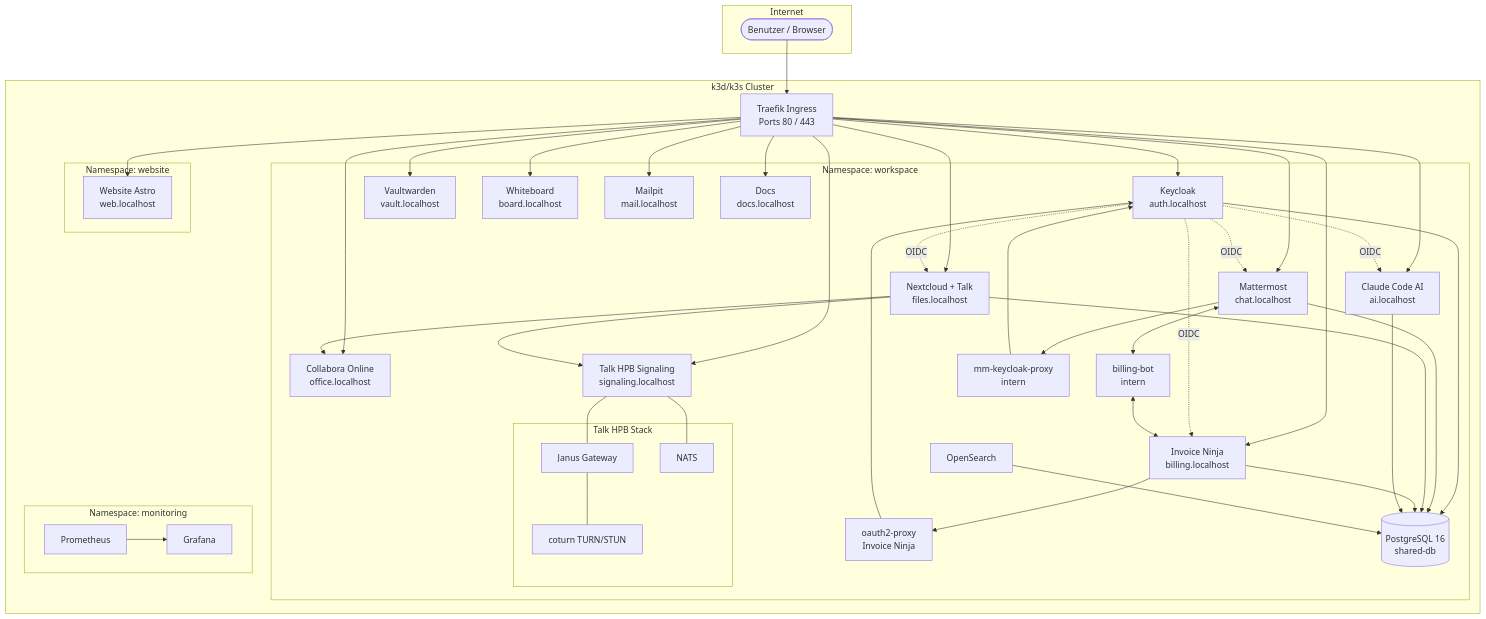
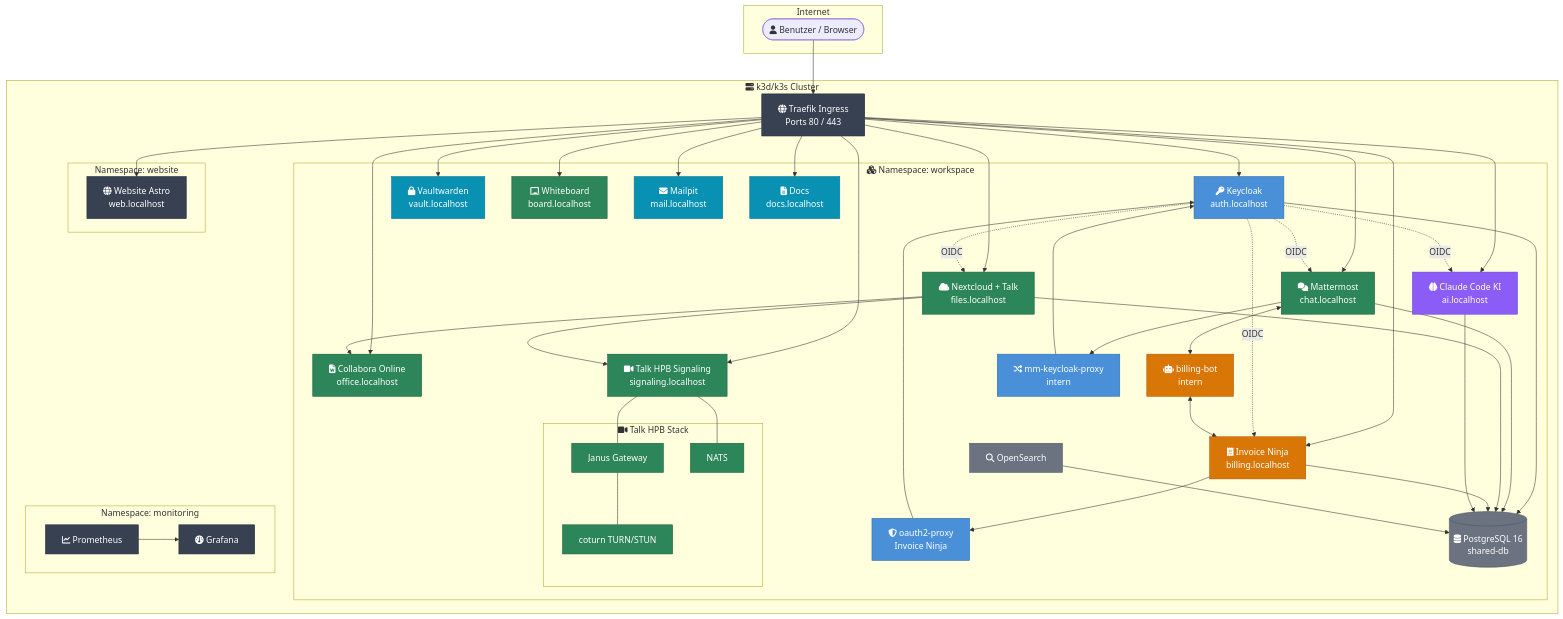
The first of 3 diagrams in README.md (Paddione/Bachelorprojekt), drawn with Mermaid before and after one commit. The commit also changed other lines of this file and 19 other files, not shown here.

````diff
--- a/README.md
+++ b/README.md
@@ -58,65 +58,81 @@
 ```mermaid
 graph TB
     subgraph Internet
-        User([Benutzer / Browser])
+        User(["fa:fa-user Benutzer / Browser"])
     end
 
-    subgraph k3d-Cluster ["k3d/k3s Cluster"]
-        Traefik["Traefik Ingress<br/>Ports 80 / 443"]
+    subgraph k3d-Cluster ["fa:fa-server k3d/k3s Cluster"]
+        Traefik["fa:fa-globe Traefik Ingress<br/>Ports 80 / 443"]
 
-        subgraph workspace ["Namespace: workspace"]
-            KC[Keycloak<br/>auth.localhost]
-            MM[Mattermost<br/>chat.localhost]
-            NC[Nextcloud + Talk<br/>files.localhost]
-            CO[Collabora Online<br/>office.localhost]
-            HPB[Talk HPB Signaling<br/>signaling.localhost]
-            OC[Claude Code AI<br/>ai.localhost]
-            IN[Invoice Ninja<br/>billing.localhost]
-            VW[Vaultwarden<br/>vault.localhost]
-            WB[Whiteboard<br/>board.localhost]
-            MP[Mailpit<br/>mail.localhost]
-            OS[OpenSearch]
-            DOCS[Docs<br/>docs.localhost]
-            BB[billing-bot<br/>intern]
-            PROXY[mm-keycloak-proxy<br/>intern]
-            OAUTH[oauth2-proxy<br/>Invoice Ninja]
+        subgraph workspace ["fa:fa-cubes Namespace: workspace"]
+            KC["fa:fa-key Keycloak<br/>auth.localhost"]
+            MM["fa:fa-comments Mattermost<br/>chat.localhost"]
+            NC["fa:fa-cloud Nextcloud + Talk<br/>files.localhost"]
+            CO["fa:fa-file-word Collabora Online<br/>office.localhost"]
+            HPB["fa:fa-video Talk HPB Signaling<br/>signaling.localhost"]
+            OC["fa:fa-brain Claude Code KI<br/>ai.localhost"]
+            IN["fa:fa-receipt Invoice Ninja<br/>billing.localhost"]
+            VW["fa:fa-lock Vaultwarden<br/>vault.localhost"]
+            WB["fa:fa-chalkboard Whiteboard<br/>board.localhost"]
+            MP["fa:fa-envelope Mailpit<br/>mail.localhost"]
+            OS["fa:fa-search OpenSearch"]
+            DOCS["fa:fa-file-lines Docs<br/>docs.localhost"]
+            BB["fa:fa-robot billing-bot<br/>intern"]
+            PROXY["fa:fa-shuffle mm-keycloak-proxy<br/>intern"]
+            OAUTH["fa:fa-shield-halved oauth2-proxy<br/>Invoice Ninja"]
 
-            subgraph HPB-Stack ["Talk HPB Stack"]
-                JANUS[Janus Gateway]
-                NATS[NATS]
-                COTURN[coturn TURN/STUN]
+            subgraph HPB-Stack ["fa:fa-video Talk HPB Stack"]
+                JANUS["Janus Gateway"]
+                NATS["NATS"]
+                COTURN["coturn TURN/STUN"]
             end
 
-            DB[(PostgreSQL 16<br/>shared-db)]
+            DB[("fa:fa-database PostgreSQL 16<br/>shared-db")]
         end
 
         subgraph website-ns ["Namespace: website"]
-            WEB[Website Astro<br/>web.localhost]
+            WEB["fa:fa-globe Website Astro<br/>web.localhost"]
         end
 
         subgraph monitoring-ns ["Namespace: monitoring"]
-            PROM[Prometheus]
-            GRAF[Grafana]
+            PROM["fa:fa-chart-line Prometheus"]
+            GRAF["fa:fa-gauge Grafana"]
         end
     end
 
     User --> Traefik
     Traefik --> KC & MM & NC & CO & HPB & OC & IN & VW & WB & MP & DOCS & WEB
 
     KC -. OIDC .-> MM & NC & IN & OC
     PROXY --> KC
     MM --> PROXY
     OAUTH --> KC
     IN --> OAUTH
 
     MM <--> BB
     BB <--> IN
 
     NC --> CO
     NC --> HPB
     HPB --- JANUS & NATS
     JANUS --- COTURN
 
     KC & MM & NC & IN & OC & OS --> DB
     PROM --> GRAF
+
+    classDef identity fill:#4a90d9,color:#fff,stroke:#2d6a9f
+    classDef collab fill:#2d8659,color:#fff,stroke:#1a5c3a
+    classDef ai fill:#8b5cf6,color:#fff,stroke:#6d3ad4
+    classDef billing fill:#d97706,color:#fff,stroke:#b45309
+    classDef data fill:#6b7280,color:#fff,stroke:#4b5563
+    classDef tools fill:#0891b2,color:#fff,stroke:#0e7490
+    classDef infra fill:#374151,color:#fff,stroke:#1f2937
+
+    class KC,PROXY,OAUTH identity
+    class MM,NC,CO,WB,HPB,JANUS,NATS,COTURN collab
+    class OC ai
+    class IN,BB billing
+    class DB,OS data
+    class VW,MP,DOCS tools
+    class Traefik,WEB,PROM,GRAF infra
 ```
````
